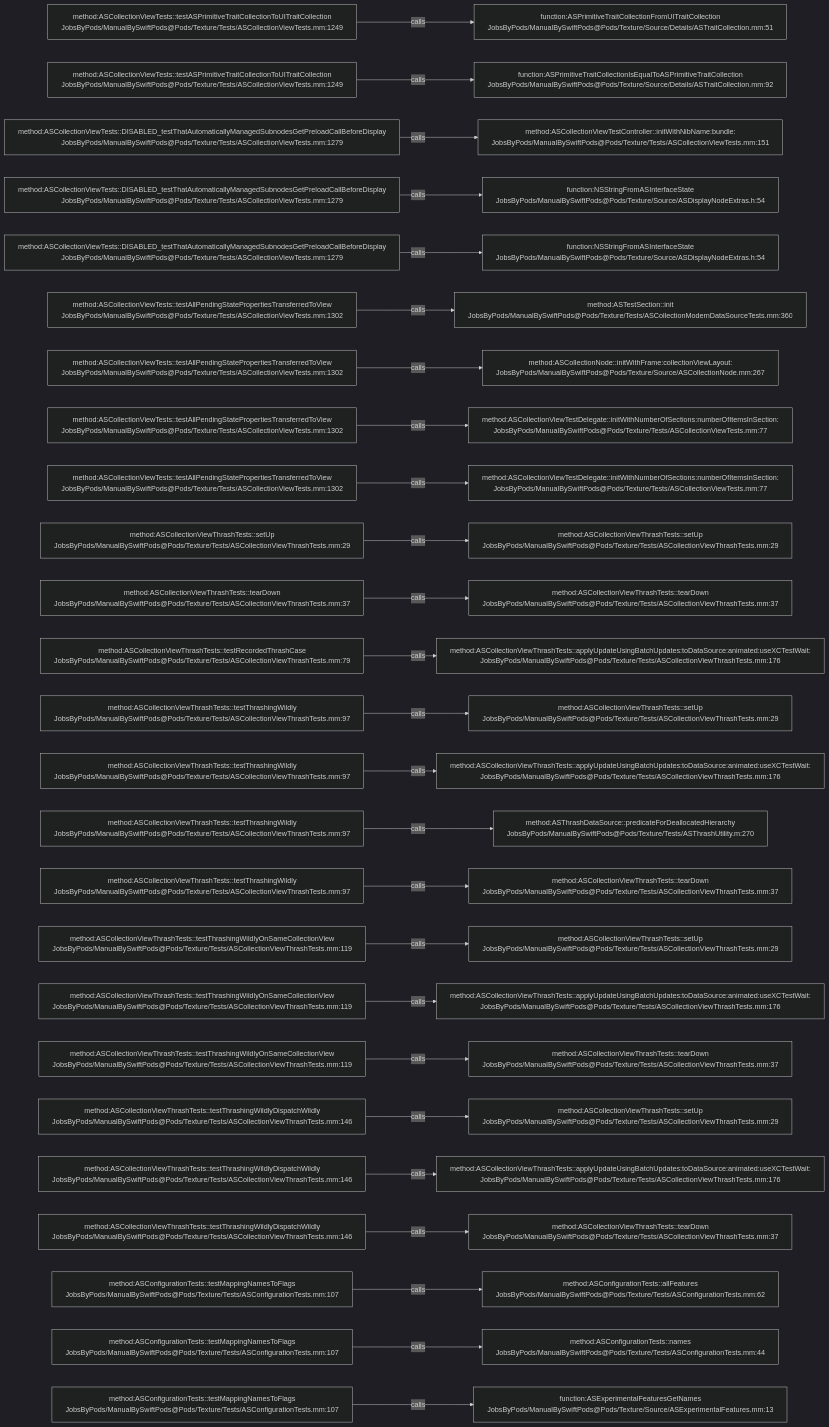
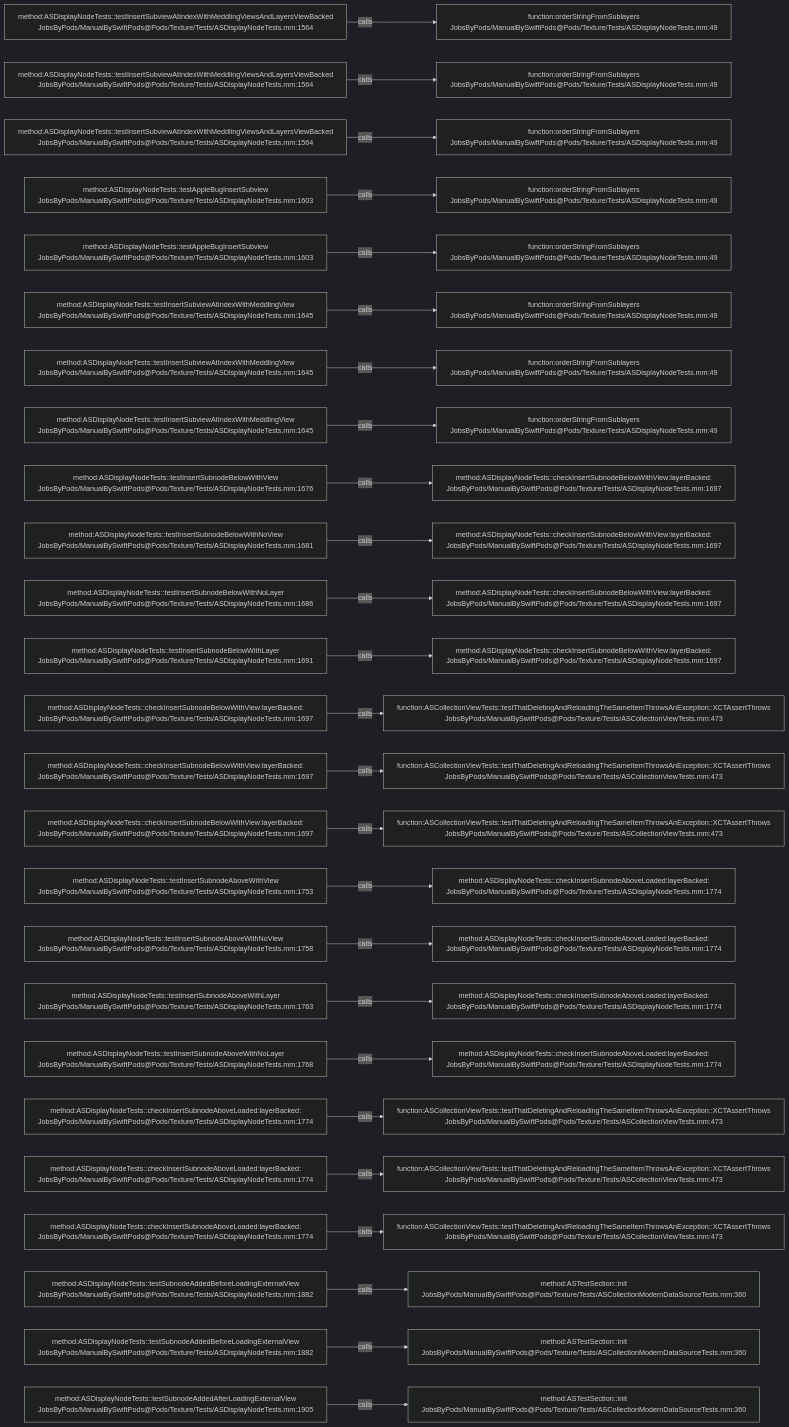
Before and after one commit to JobsKits/JobsSwiftBaseConfigDemo: the diagram in .codegraph/codegraph.md/graphs/calls-193.md, drawn with Mermaid (dark theme). The commit also changed 832 other files, not shown here.

````diff
--- a/.codegraph/codegraph.md/graphs/calls-193.md
+++ b/.codegraph/codegraph.md/graphs/calls-193.md
@@ -13,78 +13,78 @@
 ```mermaid
 flowchart LR
-  S1["method:ASCollectionViewTests::testASPrimitiveTraitCollectionToUITraitCollection<br/>JobsByPods/ManualBySwiftPods@Pods/Texture/Tests/ASCollectionViewTests.mm:1249"]
-  T1["function:ASPrimitiveTraitCollectionFromUITraitCollection<br/>JobsByPods/ManualBySwiftPods@Pods/Texture/Source/Details/ASTraitCollection.mm:51"]
+  S1["method:ASDisplayNodeTests::testInsertSubviewAtIndexWithMeddlingViewsAndLayersViewBacked<br/>JobsByPods/ManualBySwiftPods@Pods/Texture/Tests/ASDisplayNodeTests.mm:1564"]
+  T1["function:orderStringFromSublayers<br/>JobsByPods/ManualBySwiftPods@Pods/Texture/Tests/ASDisplayNodeTests.mm:49"]
   S1 -->|calls| T1
-  S2["method:ASCollectionViewTests::testASPrimitiveTraitCollectionToUITraitCollection<br/>JobsByPods/ManualBySwiftPods@Pods/Texture/Tests/ASCollectionViewTests.mm:1249"]
-  T2["function:ASPrimitiveTraitCollectionIsEqualToASPrimitiveTraitCollection<br/>JobsByPods/ManualBySwiftPods@Pods/Texture/Source/Details/ASTraitCollection.mm:92"]
+  S2["method:ASDisplayNodeTests::testInsertSubviewAtIndexWithMeddlingViewsAndLayersViewBacked<br/>JobsByPods/ManualBySwiftPods@Pods/Texture/Tests/ASDisplayNodeTests.mm:1564"]
+  T2["function:orderStringFromSublayers<br/>JobsByPods/ManualBySwiftPods@Pods/Texture/Tests/ASDisplayNodeTests.mm:49"]
   S2 -->|calls| T2
-  S3["method:ASCollectionViewTests::DISABLED_testThatAutomaticallyManagedSubnodesGetPreloadCallBeforeDisplay<br/>JobsByPods/ManualBySwiftPods@Pods/Texture/Tests/ASCollectionViewTests.mm:1279"]
-  T3["method:ASCollectionViewTestController::initWithNibName:bundle:<br/>JobsByPods/ManualBySwiftPods@Pods/Texture/Tests/ASCollectionViewTests.mm:151"]
+  S3["method:ASDisplayNodeTests::testInsertSubviewAtIndexWithMeddlingViewsAndLayersViewBacked<br/>JobsByPods/ManualBySwiftPods@Pods/Texture/Tests/ASDisplayNodeTests.mm:1564"]
+  T3["function:orderStringFromSublayers<br/>JobsByPods/ManualBySwiftPods@Pods/Texture/Tests/ASDisplayNodeTests.mm:49"]
   S3 -->|calls| T3
-  S4["method:ASCollectionViewTests::DISABLED_testThatAutomaticallyManagedSubnodesGetPreloadCallBeforeDisplay<br/>JobsByPods/ManualBySwiftPods@Pods/Texture/Tests/ASCollectionViewTests.mm:1279"]
-  T4["function:NSStringFromASInterfaceState<br/>JobsByPods/ManualBySwiftPods@Pods/Texture/Source/ASDisplayNodeExtras.h:54"]
+  S4["method:ASDisplayNodeTests::testAppleBugInsertSubview<br/>JobsByPods/ManualBySwiftPods@Pods/Texture/Tests/ASDisplayNodeTests.mm:1603"]
+  T4["function:orderStringFromSublayers<br/>JobsByPods/ManualBySwiftPods@Pods/Texture/Tests/ASDisplayNodeTests.mm:49"]
   S4 -->|calls| T4
-  S5["method:ASCollectionViewTests::DISABLED_testThatAutomaticallyManagedSubnodesGetPreloadCallBeforeDisplay<br/>JobsByPods/ManualBySwiftPods@Pods/Texture/Tests/ASCollectionViewTests.mm:1279"]
-  T5["function:NSStringFromASInterfaceState<br/>JobsByPods/ManualBySwiftPods@Pods/Texture/Source/ASDisplayNodeExtras.h:54"]
+  S5["method:ASDisplayNodeTests::testAppleBugInsertSubview<br/>JobsByPods/ManualBySwiftPods@Pods/Texture/Tests/ASDisplayNodeTests.mm:1603"]
+  T5["function:orderStringFromSublayers<br/>JobsByPods/ManualBySwiftPods@Pods/Texture/Tests/ASDisplayNodeTests.mm:49"]
   S5 -->|calls| T5
-  S6["method:ASCollectionViewTests::testAllPendingStatePropertiesTransferredToView<br/>JobsByPods/ManualBySwiftPods@Pods/Texture/Tests/ASCollectionViewTests.mm:1302"]
-  T6["method:ASTestSection::init<br/>JobsByPods/ManualBySwiftPods@Pods/Texture/Tests/ASCollectionModernDataSourceTests.mm:360"]
+  S6["method:ASDisplayNodeTests::testInsertSubviewAtIndexWithMeddlingView<br/>JobsByPods/ManualBySwiftPods@Pods/Texture/Tests/ASDisplayNodeTests.mm:1645"]
+  T6["function:orderStringFromSublayers<br/>JobsByPods/ManualBySwiftPods@Pods/Texture/Tests/ASDisplayNodeTests.mm:49"]
   S6 -->|calls| T6
-  S7["method:ASCollectionViewTests::testAllPendingStatePropertiesTransferredToView<br/>JobsByPods/ManualBySwiftPods@Pods/Texture/Tests/ASCollectionViewTests.mm:1302"]
-  T7["method:ASCollectionNode::initWithFrame:collectionViewLayout:<br/>JobsByPods/ManualBySwiftPods@Pods/Texture/Source/ASCollectionNode.mm:267"]
+  S7["method:ASDisplayNodeTests::testInsertSubviewAtIndexWithMeddlingView<br/>JobsByPods/ManualBySwiftPods@Pods/Texture/Tests/ASDisplayNodeTests.mm:1645"]
+  T7["function:orderStringFromSublayers<br/>JobsByPods/ManualBySwiftPods@Pods/Texture/Tests/ASDisplayNodeTests.mm:49"]
   S7 -->|calls| T7
-  S8["method:ASCollectionViewTests::testAllPendingStatePropertiesTransferredToView<br/>JobsByPods/ManualBySwiftPods@Pods/Texture/Tests/ASCollectionViewTests.mm:1302"]
-  T8["method:ASCollectionViewTestDelegate::initWithNumberOfSections:numberOfItemsInSection:<br/>JobsByPods/ManualBySwiftPods@Pods/Texture/Tests/ASCollectionViewTests.mm:77"]
+  S8["method:ASDisplayNodeTests::testInsertSubviewAtIndexWithMeddlingView<br/>JobsByPods/ManualBySwiftPods@Pods/Texture/Tests/ASDisplayNodeTests.mm:1645"]
+  T8["function:orderStringFromSublayers<br/>JobsByPods/ManualBySwiftPods@Pods/Texture/Tests/ASDisplayNodeTests.mm:49"]
   S8 -->|calls| T8
-  S9["method:ASCollectionViewTests::testAllPendingStatePropertiesTransferredToView<br/>JobsByPods/ManualBySwiftPods@Pods/Texture/Tests/ASCollectionViewTests.mm:1302"]
-  T9["method:ASCollectionViewTestDelegate::initWithNumberOfSections:numberOfItemsInSection:<br/>JobsByPods/ManualBySwiftPods@Pods/Texture/Tests/ASCollectionViewTests.mm:77"]
+  S9["method:ASDisplayNodeTests::testInsertSubnodeBelowWithView<br/>JobsByPods/ManualBySwiftPods@Pods/Texture/Tests/ASDisplayNodeTests.mm:1676"]
+  T9["method:ASDisplayNodeTests::checkInsertSubnodeBelowWithView:layerBacked:<br/>JobsByPods/ManualBySwiftPods@Pods/Texture/Tests/ASDisplayNodeTests.mm:1697"]
   S9 -->|calls| T9
-  S10["method:ASCollectionViewThrashTests::setUp<br/>JobsByPods/ManualBySwiftPods@Pods/Texture/Tests/ASCollectionViewThrashTests.mm:29"]
-  T10["method:ASCollectionViewThrashTests::setUp<br/>JobsByPods/ManualBySwiftPods@Pods/Texture/Tests/ASCollectionViewThrashTests.mm:29"]
+  S10["method:ASDisplayNodeTests::testInsertSubnodeBelowWithNoView<br/>JobsByPods/ManualBySwiftPods@Pods/Texture/Tests/ASDisplayNodeTests.mm:1681"]
+  T10["method:ASDisplayNodeTests::checkInsertSubnodeBelowWithView:layerBacked:<br/>JobsByPods/ManualBySwiftPods@Pods/Texture/Tests/ASDisplayNodeTests.mm:1697"]
   S10 -->|calls| T10
-  S11["method:ASCollectionViewThrashTests::tearDown<br/>JobsByPods/ManualBySwiftPods@Pods/Texture/Tests/ASCollectionViewThrashTests.mm:37"]
-  T11["method:ASCollectionViewThrashTests::tearDown<br/>JobsByPods/ManualBySwiftPods@Pods/Texture/Tests/ASCollectionViewThrashTests.mm:37"]
+  S11["method:ASDisplayNodeTests::testInsertSubnodeBelowWithNoLayer<br/>JobsByPods/ManualBySwiftPods@Pods/Texture/Tests/ASDisplayNodeTests.mm:1686"]
+  T11["method:ASDisplayNodeTests::checkInsertSubnodeBelowWithView:layerBacked:<br/>JobsByPods/ManualBySwiftPods@Pods/Texture/Tests/ASDisplayNodeTests.mm:1697"]
   S11 -->|calls| T11
-  S12["method:ASCollectionViewThrashTests::testRecordedThrashCase<br/>JobsByPods/ManualBySwiftPods@Pods/Texture/Tests/ASCollectionViewThrashTests.mm:79"]
-  T12["method:ASCollectionViewThrashTests::applyUpdateUsingBatchUpdates:toDataSource:animated:useXCTestWait:<br/>JobsByPods/ManualBySwiftPods@Pods/Texture/Tests/ASCollectionViewThrashTests.mm:176"]
+  S12["method:ASDisplayNodeTests::testInsertSubnodeBelowWithLayer<br/>JobsByPods/ManualBySwiftPods@Pods/Texture/Tests/ASDisplayNodeTests.mm:1691"]
+  T12["method:ASDisplayNodeTests::checkInsertSubnodeBelowWithView:layerBacked:<br/>JobsByPods/ManualBySwiftPods@Pods/Texture/Tests/ASDisplayNodeTests.mm:1697"]
   S12 -->|calls| T12
-  S13["method:ASCollectionViewThrashTests::testThrashingWildly<br/>JobsByPods/ManualBySwiftPods@Pods/Texture/Tests/ASCollectionViewThrashTests.mm:97"]
-  T13["method:ASCollectionViewThrashTests::setUp<br/>JobsByPods/ManualBySwiftPods@Pods/Texture/Tests/ASCollectionViewThrashTests.mm:29"]
+  S13["method:ASDisplayNodeTests::checkInsertSubnodeBelowWithView:layerBacked:<br/>JobsByPods/ManualBySwiftPods@Pods/Texture/Tests/ASDisplayNodeTests.mm:1697"]
+  T13["function:ASCollectionViewTests::testThatDeletingAndReloadingTheSameItemThrowsAnException::XCTAssertThrows<br/>JobsByPods/ManualBySwiftPods@Pods/Texture/Tests/ASCollectionViewTests.mm:473"]
   S13 -->|calls| T13
-  S14["method:ASCollectionViewThrashTests::testThrashingWildly<br/>JobsByPods/ManualBySwiftPods@Pods/Texture/Tests/ASCollectionViewThrashTests.mm:97"]
-  T14["method:ASCollectionViewThrashTests::applyUpdateUsingBatchUpdates:toDataSource:animated:useXCTestWait:<br/>JobsByPods/ManualBySwiftPods@Pods/Texture/Tests/ASCollectionViewThrashTests.mm:176"]
+  S14["method:ASDisplayNodeTests::checkInsertSubnodeBelowWithView:layerBacked:<br/>JobsByPods/ManualBySwiftPods@Pods/Texture/Tests/ASDisplayNodeTests.mm:1697"]
+  T14["function:ASCollectionViewTests::testThatDeletingAndReloadingTheSameItemThrowsAnException::XCTAssertThrows<br/>JobsByPods/ManualBySwiftPods@Pods/Texture/Tests/ASCollectionViewTests.mm:473"]
   S14 -->|calls| T14
-  S15["method:ASCollectionViewThrashTests::testThrashingWildly<br/>JobsByPods/ManualBySwiftPods@Pods/Texture/Tests/ASCollectionViewThrashTests.mm:97"]
-  T15["method:ASThrashDataSource::predicateForDeallocatedHierarchy<br/>JobsByPods/ManualBySwiftPods@Pods/Texture/Tests/ASThrashUtility.m:270"]
+  S15["method:ASDisplayNodeTests::checkInsertSubnodeBelowWithView:layerBacked:<br/>JobsByPods/ManualBySwiftPods@Pods/Texture/Tests/ASDisplayNodeTests.mm:1697"]
+  T15["function:ASCollectionViewTests::testThatDeletingAndReloadingTheSameItemThrowsAnException::XCTAssertThrows<br/>JobsByPods/ManualBySwiftPods@Pods/Texture/Tests/ASCollectionViewTests.mm:473"]
   S15 -->|calls| T15
-  S16["method:ASCollectionViewThrashTests::testThrashingWildly<br/>JobsByPods/ManualBySwiftPods@Pods/Texture/Tests/ASCollectionViewThrashTests.mm:97"]
-  T16["method:ASCollectionViewThrashTests::tearDown<br/>JobsByPods/ManualBySwiftPods@Pods/Texture/Tests/ASCollectionViewThrashTests.mm:37"]
+  S16["method:ASDisplayNodeTests::testInsertSubnodeAboveWithView<br/>JobsByPods/ManualBySwiftPods@Pods/Texture/Tests/ASDisplayNodeTests.mm:1753"]
+  T16["method:ASDisplayNodeTests::checkInsertSubnodeAboveLoaded:layerBacked:<br/>JobsByPods/ManualBySwiftPods@Pods/Texture/Tests/ASDisplayNodeTests.mm:1774"]
   S16 -->|calls| T16
-  S17["method:ASCollectionViewThrashTests::testThrashingWildlyOnSameCollectionView<br/>JobsByPods/ManualBySwiftPods@Pods/Texture/Tests/ASCollectionViewThrashTests.mm:119"]
-  T17["method:ASCollectionViewThrashTests::setUp<br/>JobsByPods/ManualBySwiftPods@Pods/Texture/Tests/ASCollectionViewThrashTests.mm:29"]
+  S17["method:ASDisplayNodeTests::testInsertSubnodeAboveWithNoView<br/>JobsByPods/ManualBySwiftPods@Pods/Texture/Tests/ASDisplayNodeTests.mm:1758"]
+  T17["method:ASDisplayNodeTests::checkInsertSubnodeAboveLoaded:layerBacked:<br/>JobsByPods/ManualBySwiftPods@Pods/Texture/Tests/ASDisplayNodeTests.mm:1774"]
   S17 -->|calls| T17
-  S18["method:ASCollectionViewThrashTests::testThrashingWildlyOnSameCollectionView<br/>JobsByPods/ManualBySwiftPods@Pods/Texture/Tests/ASCollectionViewThrashTests.mm:119"]
-  T18["method:ASCollectionViewThrashTests::applyUpdateUsingBatchUpdates:toDataSource:animated:useXCTestWait:<br/>JobsByPods/ManualBySwiftPods@Pods/Texture/Tests/ASCollectionViewThrashTests.mm:176"]
+  S18["method:ASDisplayNodeTests::testInsertSubnodeAboveWithLayer<br/>JobsByPods/ManualBySwiftPods@Pods/Texture/Tests/ASDisplayNodeTests.mm:1763"]
+  T18["method:ASDisplayNodeTests::checkInsertSubnodeAboveLoaded:layerBacked:<br/>JobsByPods/ManualBySwiftPods@Pods/Texture/Tests/ASDisplayNodeTests.mm:1774"]
   S18 -->|calls| T18
-  S19["method:ASCollectionViewThrashTests::testThrashingWildlyOnSameCollectionView<br/>JobsByPods/ManualBySwiftPods@Pods/Texture/Tests/ASCollectionViewThrashTests.mm:119"]
-  T19["method:ASCollectionViewThrashTests::tearDown<br/>JobsByPods/ManualBySwiftPods@Pods/Texture/Tests/ASCollectionViewThrashTests.mm:37"]
+  S19["method:ASDisplayNodeTests::testInsertSubnodeAboveWithNoLayer<br/>JobsByPods/ManualBySwiftPods@Pods/Texture/Tests/ASDisplayNodeTests.mm:1768"]
+  T19["method:ASDisplayNodeTests::checkInsertSubnodeAboveLoaded:layerBacked:<br/>JobsByPods/ManualBySwiftPods@Pods/Texture/Tests/ASDisplayNodeTests.mm:1774"]
   S19 -->|calls| T19
-  S20["method:ASCollectionViewThrashTests::testThrashingWildlyDispatchWildly<br/>JobsByPods/ManualBySwiftPods@Pods/Texture/Tests/ASCollectionViewThrashTests.mm:146"]
-  T20["method:ASCollectionViewThrashTests::setUp<br/>JobsByPods/ManualBySwiftPods@Pods/Texture/Tests/ASCollectionViewThrashTests.mm:29"]
+  S20["method:ASDisplayNodeTests::checkInsertSubnodeAboveLoaded:layerBacked:<br/>JobsByPods/ManualBySwiftPods@Pods/Texture/Tests/ASDisplayNodeTests.mm:1774"]
+  T20["function:ASCollectionViewTests::testThatDeletingAndReloadingTheSameItemThrowsAnException::XCTAssertThrows<br/>JobsByPods/ManualBySwiftPods@Pods/Texture/Tests/ASCollectionViewTests.mm:473"]
   S20 -->|calls| T20
-  S21["method:ASCollectionViewThrashTests::testThrashingWildlyDispatchWildly<br/>JobsByPods/ManualBySwiftPods@Pods/Texture/Tests/ASCollectionViewThrashTests.mm:146"]
-  T21["method:ASCollectionViewThrashTests::applyUpdateUsingBatchUpdates:toDataSource:animated:useXCTestWait:<br/>JobsByPods/ManualBySwiftPods@Pods/Texture/Tests/ASCollectionViewThrashTests.mm:176"]
+  S21["method:ASDisplayNodeTests::checkInsertSubnodeAboveLoaded:layerBacked:<br/>JobsByPods/ManualBySwiftPods@Pods/Texture/Tests/ASDisplayNodeTests.mm:1774"]
+  T21["function:ASCollectionViewTests::testThatDeletingAndReloadingTheSameItemThrowsAnException::XCTAssertThrows<br/>JobsByPods/ManualBySwiftPods@Pods/Texture/Tests/ASCollectionViewTests.mm:473"]
   S21 -->|calls| T21
-  S22["method:ASCollectionViewThrashTests::testThrashingWildlyDispatchWildly<br/>JobsByPods/ManualBySwiftPods@Pods/Texture/Tests/ASCollectionViewThrashTests.mm:146"]
-  T22["method:ASCollectionViewThrashTests::tearDown<br/>JobsByPods/ManualBySwiftPods@Pods/Texture/Tests/ASCollectionViewThrashTests.mm:37"]
+  S22["method:ASDisplayNodeTests::checkInsertSubnodeAboveLoaded:layerBacked:<br/>JobsByPods/ManualBySwiftPods@Pods/Texture/Tests/ASDisplayNodeTests.mm:1774"]
+  T22["function:ASCollectionViewTests::testThatDeletingAndReloadingTheSameItemThrowsAnException::XCTAssertThrows<br/>JobsByPods/ManualBySwiftPods@Pods/Texture/Tests/ASCollectionViewTests.mm:473"]
   S22 -->|calls| T22
-  S23["method:ASConfigurationTests::testMappingNamesToFlags<br/>JobsByPods/ManualBySwiftPods@Pods/Texture/Tests/ASConfigurationTests.mm:107"]
-  T23["method:ASConfigurationTests::allFeatures<br/>JobsByPods/ManualBySwiftPods@Pods/Texture/Tests/ASConfigurationTests.mm:62"]
+  S23["method:ASDisplayNodeTests::testSubnodeAddedBeforeLoadingExternalView<br/>JobsByPods/ManualBySwiftPods@Pods/Texture/Tests/ASDisplayNodeTests.mm:1882"]
+  T23["method:ASTestSection::init<br/>JobsByPods/ManualBySwiftPods@Pods/Texture/Tests/ASCollectionModernDataSourceTests.mm:360"]
   S23 -->|calls| T23
-  S24["method:ASConfigurationTests::testMappingNamesToFlags<br/>JobsByPods/ManualBySwiftPods@Pods/Texture/Tests/ASConfigurationTests.mm:107"]
-  T24["method:ASConfigurationTests::names<br/>JobsByPods/ManualBySwiftPods@Pods/Texture/Tests/ASConfigurationTests.mm:44"]
+  S24["method:ASDisplayNodeTests::testSubnodeAddedBeforeLoadingExternalView<br/>JobsByPods/ManualBySwiftPods@Pods/Texture/Tests/ASDisplayNodeTests.mm:1882"]
+  T24["method:ASTestSection::init<br/>JobsByPods/ManualBySwiftPods@Pods/Texture/Tests/ASCollectionModernDataSourceTests.mm:360"]
   S24 -->|calls| T24
-  S25["method:ASConfigurationTests::testMappingNamesToFlags<br/>JobsByPods/ManualBySwiftPods@Pods/Texture/Tests/ASConfigurationTests.mm:107"]
-  T25["function:ASExperimentalFeaturesGetNames<br/>JobsByPods/ManualBySwiftPods@Pods/Texture/Source/ASExperimentalFeatures.mm:13"]
+  S25["method:ASDisplayNodeTests::testSubnodeAddedAfterLoadingExternalView<br/>JobsByPods/ManualBySwiftPods@Pods/Texture/Tests/ASDisplayNodeTests.mm:1905"]
+  T25["method:ASTestSection::init<br/>JobsByPods/ManualBySwiftPods@Pods/Texture/Tests/ASCollectionModernDataSourceTests.mm:360"]
   S25 -->|calls| T25
 ```
````
